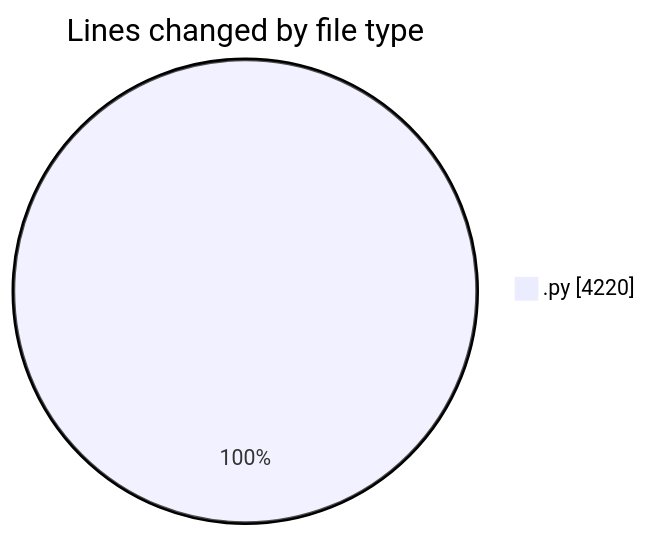
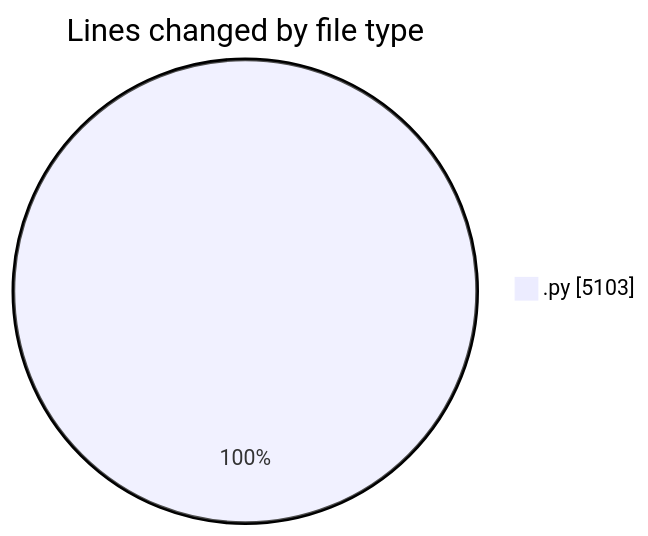
Before and after one commit to jrari/code-tracking: the first of 2 diagrams in 2025-07-14/telebot/README.md, drawn with Mermaid. The commit also changed other lines of this file and 1 other file, not shown here.

````diff
--- a/2025-07-14/telebot/README.md
+++ b/2025-07-14/telebot/README.md
@@ -25,5 +26,5 @@
 ```mermaid
 pie showData
 title Lines changed by file type
-".py" : 4220
+".py" : 5103
 ```
````
